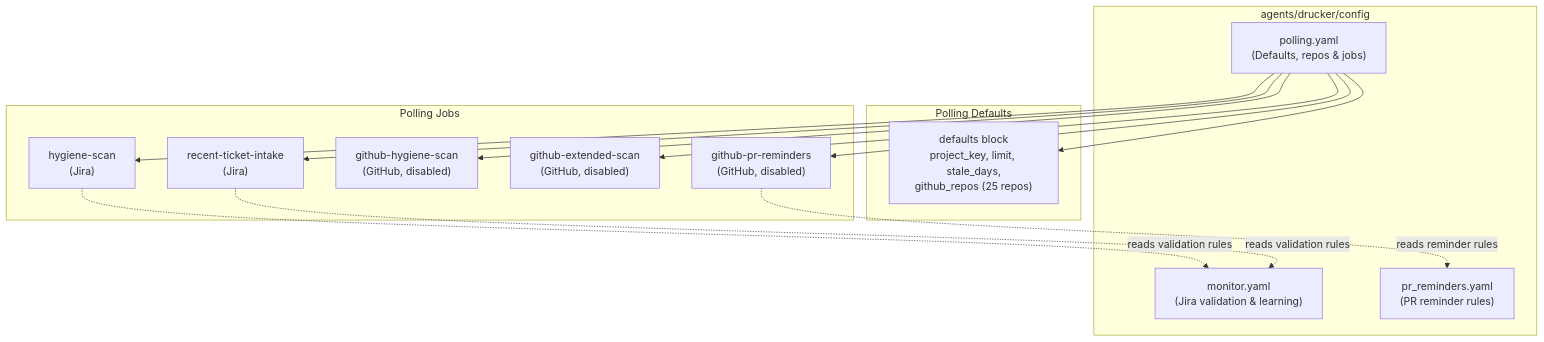
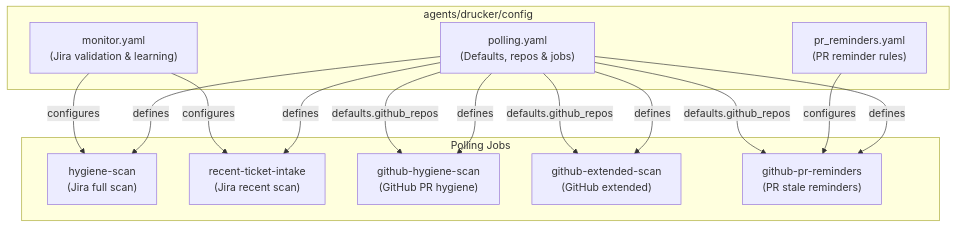
The first of 4 diagrams in docs/agents-drucker-config.md (jmac-cornelis/agent-workforce), drawn with Mermaid before and after one commit. The commit also changed other lines of this file and 8 other files, not shown here.

````diff
--- a/docs/agents-drucker-config.md
+++ b/docs/agents-drucker-config.md
@@ -39,31 +39,30 @@
 ```mermaid
 graph TD
     subgraph "agents/drucker/config"
         MONITOR["monitor.yaml<br/>(Jira validation & learning)"]
         POLLING["polling.yaml<br/>(Defaults, repos & jobs)"]
         PR_REM["pr_reminders.yaml<br/>(PR reminder rules)"]
     end
 
-    subgraph "Polling Defaults"
-        DEFAULTS["defaults block<br/>project_key, limit, stale_days,<br/>github_repos (25 repos)"]
+    subgraph "Polling Jobs"
+        J1["hygiene-scan<br/>(Jira full scan)"]
+        J2["recent-ticket-intake<br/>(Jira recent scan)"]
+        J3["github-hygiene-scan<br/>(GitHub PR hygiene)"]
+        J4["github-extended-scan<br/>(GitHub extended)"]
+        J5["github-pr-reminders<br/>(PR stale reminders)"]
     end
 
-    subgraph "Polling Jobs"
-        J1["hygiene-scan<br/>(Jira)"]
-        J2["recent-ticket-intake<br/>(Jira)"]
-        J3["github-hygiene-scan<br/>(GitHub, disabled)"]
-        J4["github-extended-scan<br/>(GitHub, disabled)"]
-        J5["github-pr-reminders<br/>(GitHub, disabled)"]
-    end
+    POLLING -- "defines" --> J1
+    POLLING -- "defines" --> J2
+    POLLING -- "defines" --> J3
+    POLLING -- "defines" --> J4
+    POLLING -- "defines" --> J5
 
-    POLLING --> DEFAULTS
-    POLLING --> J1
-    POLLING --> J2
-    POLLING --> J3
-    POLLING --> J4
-    POLLING --> J5
+    PR_REM -- "configures" --> J5
+    MONITOR -- "configures" --> J1
+    MONITOR -- "configures" --> J2
 
-    J5 -.->|"reads reminder rules"| PR_REM
-    J1 -.->|"reads validation rules"| MONITOR
-    J2 -.->|"reads validation rules"| MONITOR
+    POLLING -- "defaults.github_repos" --> J3
+    POLLING -- "defaults.github_repos" --> J4
+    POLLING -- "defaults.github_repos" --> J5
 ```
````
